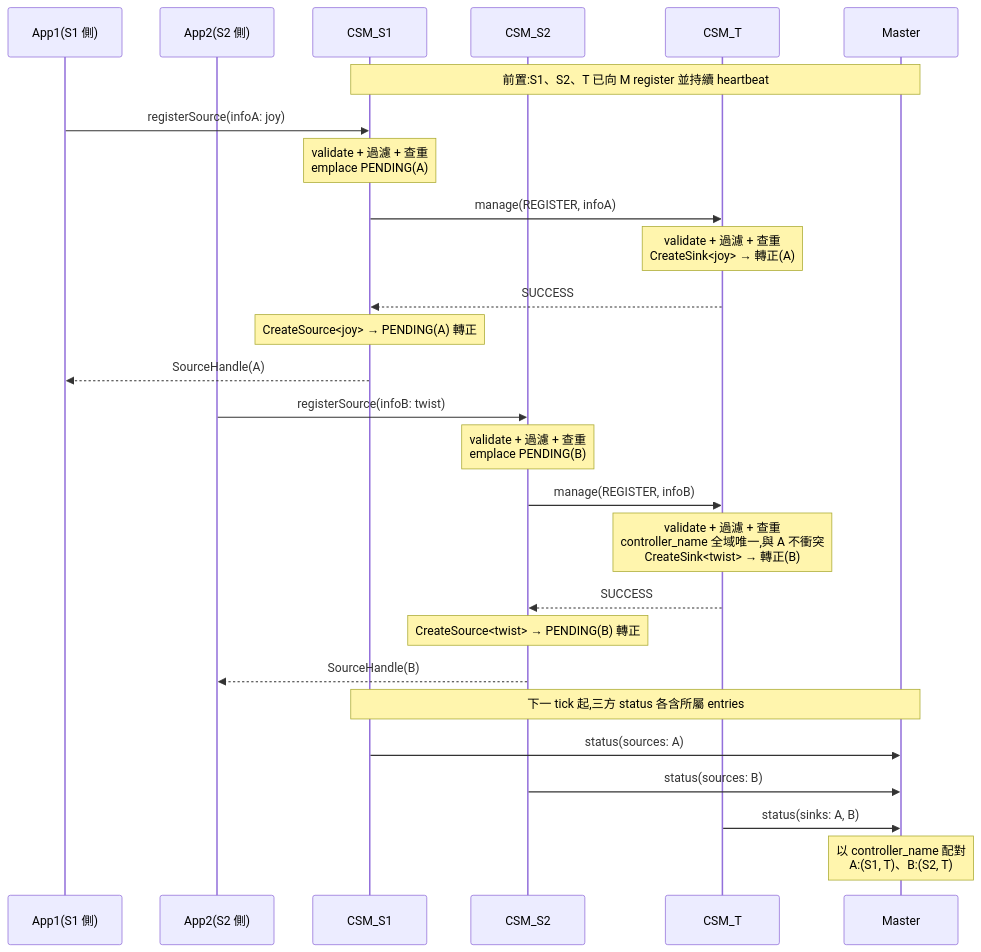
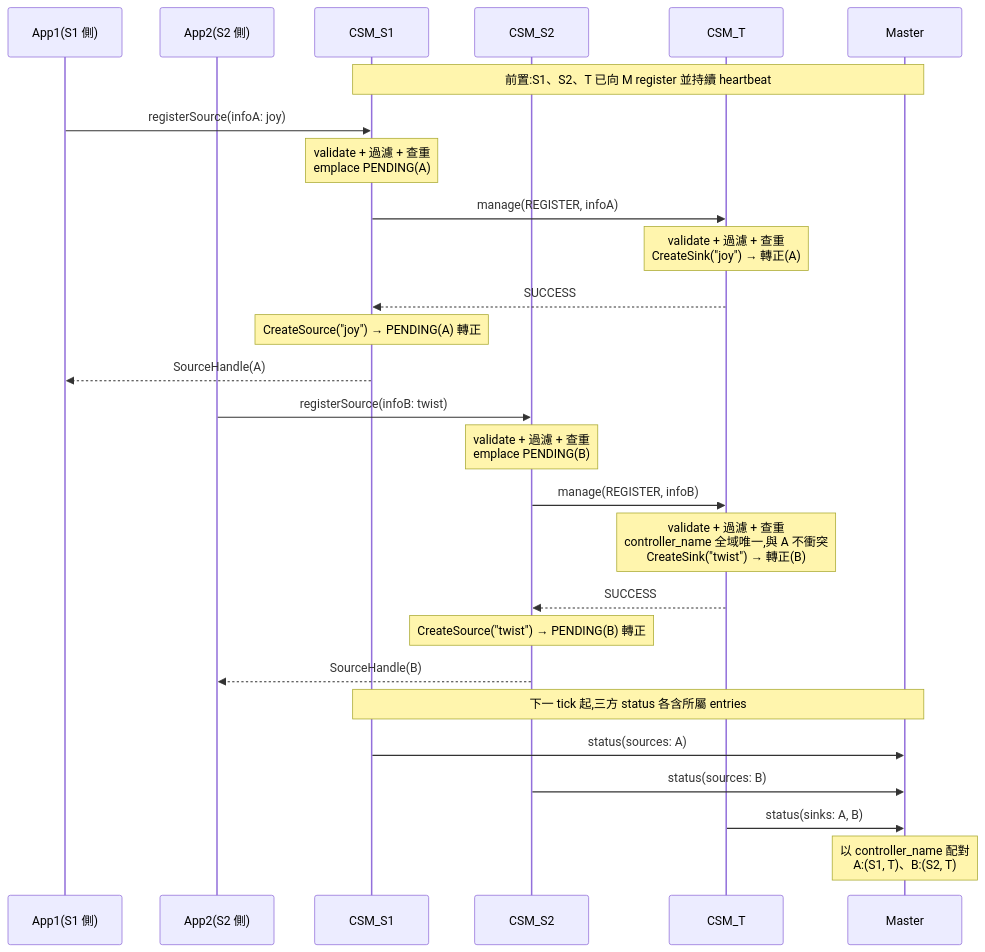
Before and after one commit to cocobird231/rv2_project: diagram 19 of 42 in r1_design_draft.md, drawn with Mermaid. The commit also changed other lines of this file, not shown here.

````diff
--- a/r1_design_draft.md
+++ b/r1_design_draft.md
@@ -1795,32 +1863,32 @@
 ```mermaid
 sequenceDiagram
     participant A1 as App1(S1 側)
     participant A2 as App2(S2 側)
     participant S1 as CSM_S1
     participant S2 as CSM_S2
     participant T as CSM_T
     participant M as Master
 
     Note over S1,M: 前置:S1、S2、T 已向 M register 並持續 heartbeat
     A1->>S1: registerSource(infoA: joy)
     Note over S1: validate + 過濾 + 查重<br/>emplace PENDING(A)
     S1->>T: manage(REGISTER, infoA)
-    Note over T: validate + 過濾 + 查重<br/>CreateSink<joy> → 轉正(A)
+    Note over T: validate + 過濾 + 查重<br/>CreateSink("joy") → 轉正(A)
     T-->>S1: SUCCESS
-    Note over S1: CreateSource<joy> → PENDING(A) 轉正
+    Note over S1: CreateSource("joy") → PENDING(A) 轉正
     S1-->>A1: SourceHandle(A)
 
     A2->>S2: registerSource(infoB: twist)
     Note over S2: validate + 過濾 + 查重<br/>emplace PENDING(B)
     S2->>T: manage(REGISTER, infoB)
-    Note over T: validate + 過濾 + 查重<br/>controller_name 全域唯一,與 A 不衝突<br/>CreateSink<twist> → 轉正(B)
+    Note over T: validate + 過濾 + 查重<br/>controller_name 全域唯一,與 A 不衝突<br/>CreateSink("twist") → 轉正(B)
     T-->>S2: SUCCESS
-    Note over S2: CreateSource<twist> → PENDING(B) 轉正
+    Note over S2: CreateSource("twist") → PENDING(B) 轉正
     S2-->>A2: SourceHandle(B)
 
     Note over S1,M: 下一 tick 起,三方 status 各含所屬 entries
     S1->>M: status(sources: A)
     S2->>M: status(sources: B)
     T->>M: status(sinks: A, B)
     Note over M: 以 controller_name 配對<br/>A:(S1, T)、B:(S2, T)
 ```
````
